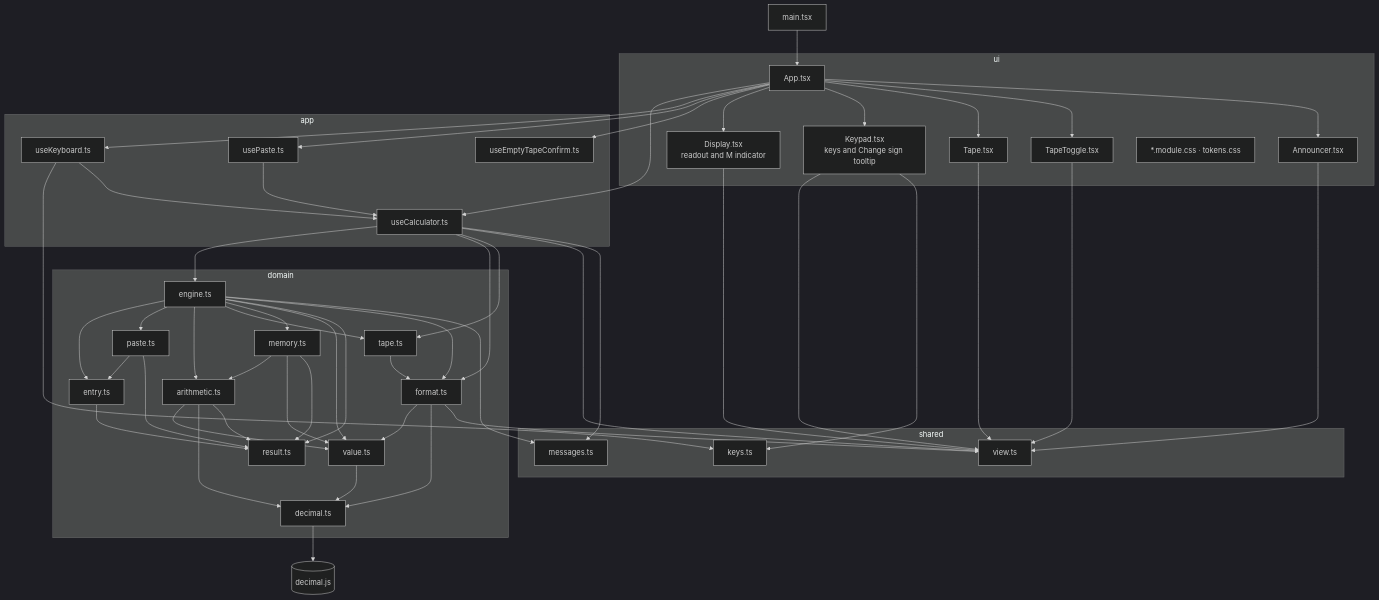
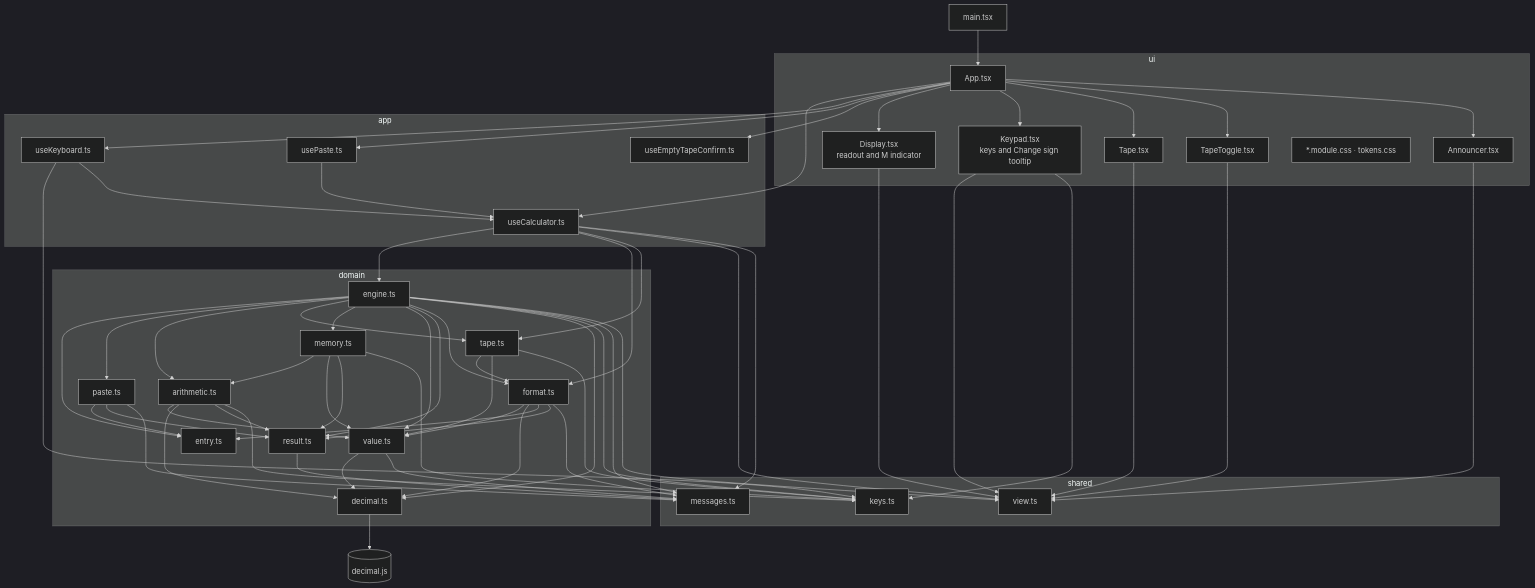
One commit to hassan-product/hassa-chaudry-calculator changed the second of 3 diagrams in docs/architecture.md. Above: the diagram before and after it, drawn with Mermaid (dark theme). The commit also changed other lines of this file and 2 other files, not shown here.

Commit message:
Match the diagrams to the engine as built
Checking the transition table against the state diagram found one
missing self-loop: = on a recalled value with no operator pending
does nothing (Decision 7). The module diagram's domain arrows were
the plan; they are now the real imports, so the layer test can be
checked against a true picture.

````diff
--- a/docs/architecture.md
+++ b/docs/architecture.md
@@ -100,68 +100,66 @@
 ```mermaid
 flowchart TB
     main["main.tsx"]
 
     subgraph ui["ui"]
         App["App.tsx"]
         Display["Display.tsx<br/>readout and M indicator"]
         Keypad["Keypad.tsx<br/>keys and Change sign tooltip"]
         Tape["Tape.tsx"]
         TapeToggle["TapeToggle.tsx"]
         Announcer["Announcer.tsx"]
         css["*.module.css · tokens.css"]
     end
 
     subgraph app["app"]
         useCalculator["useCalculator.ts"]
         useKeyboard["useKeyboard.ts"]
         usePaste["usePaste.ts"]
         useEmptyTape["useEmptyTapeConfirm.ts"]
     end
 
     subgraph domain["domain"]
         engine["engine.ts"]
         entry["entry.ts"]
         paste["paste.ts"]
         arithmetic["arithmetic.ts"]
         format["format.ts"]
         tape["tape.ts"]
         memory["memory.ts"]
         value["value.ts"]
         result["result.ts"]
         decimal["decimal.ts"]
     end
 
     subgraph shared["shared"]
         messages["messages.ts"]
         view["view.ts"]
         keys["keys.ts"]
     end
 
     decimaljs[("decimal.js")]
 
     main --> App
     App --> useCalculator & useKeyboard & usePaste & useEmptyTape
     App --> Display & Keypad & Tape & TapeToggle & Announcer
     Display & Keypad & Tape & TapeToggle & Announcer --> view
     Keypad --> keys
 
     useCalculator --> engine & format & tape
     useKeyboard --> keys
     usePaste --> useCalculator
     useKeyboard --> useCalculator
     useCalculator --> view & messages
 
-    engine --> entry & paste & arithmetic & tape & memory & value & result
+    engine --> entry & paste & arithmetic & tape & memory & value & result & format & decimal
     memory --> arithmetic & value & result
-    paste --> entry
+    paste --> entry & result
     arithmetic --> value & decimal & result
-    format --> value & decimal
-    engine --> format
-    tape --> format
+    format --> value & decimal & entry & result
+    tape --> format & value
     value --> decimal
-    entry --> result
-    paste --> result
     decimal --> decimaljs
-    engine --> messages
-    format --> view
+    engine & memory & arithmetic & tape --> keys
+    engine & paste & format & value & result --> messages
+    engine --> view
 ```
````
